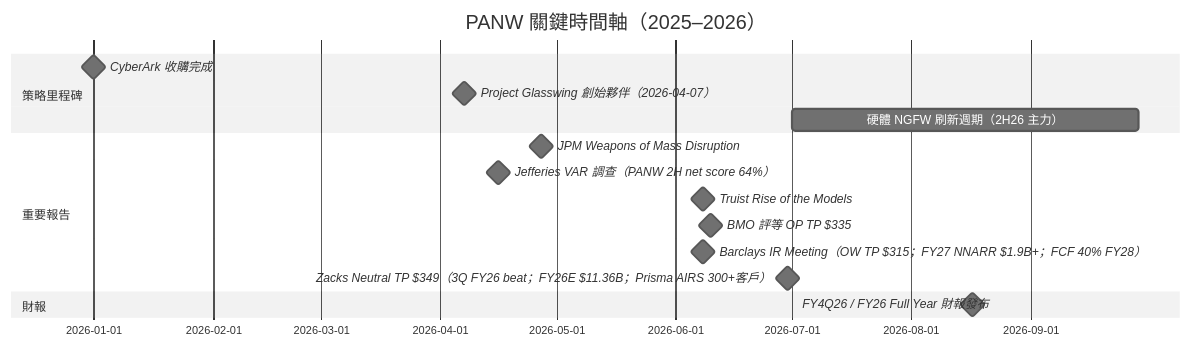
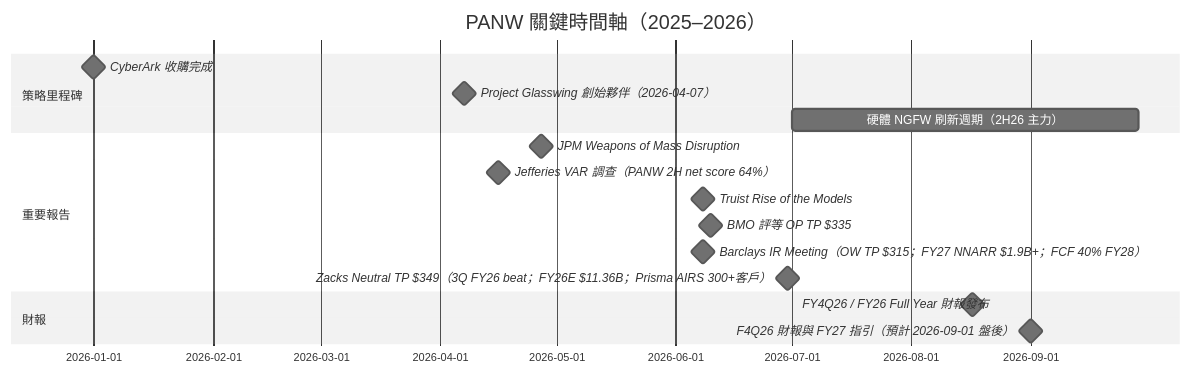
Before and after one commit to kevn950324/wiki_Stockv2: the diagram in content/lib/1.company/Overseas/PANW.US(palo alto networks).md, drawn with Mermaid (neutral theme). The commit also changed other lines of this file and 12 other files, not shown here.

````diff
--- a/content/lib/1.company/Overseas/PANW.US(palo alto networks).md
+++ b/content/lib/1.company/Overseas/PANW.US(palo alto networks).md
@@ -199,18 +217,19 @@
 ```mermaid
 gantt
     title PANW 關鍵時間軸（2025–2026）
     dateFormat YYYY-MM-DD
     section 策略里程碑
     CyberArk 收購完成 :milestone, 2026-01-01, 0d
     Project Glasswing 創始夥伴（2026-04-07） :milestone, 2026-04-07, 0d
     硬體 NGFW 刷新週期（2H26 主力） :2026-07-01, 90d
     section 重要報告
     JPM Weapons of Mass Disruption :milestone, 2026-04-27, 0d
     Jefferies VAR 調查（PANW 2H net score 64%） :milestone, 2026-04-16, 0d
     Truist Rise of the Models :milestone, 2026-06-08, 0d
     BMO 評等 OP TP $335 :milestone, 2026-06-10, 0d
     Barclays IR Meeting（OW TP $315；FY27 NNARR $1.9B+；FCF 40% FY28） :milestone, 2026-06-08, 0d
     Zacks Neutral TP $349（3Q FY26 beat；FY26E $11.36B；Prisma AIRS 300+客戶） :milestone, 2026-06-30, 0d
     section 財報
     FY4Q26 / FY26 Full Year 財報發布 :milestone, 2026-08-17, 0d
+    F4Q26 財報與 FY27 指引（預計 2026-09-01 盤後） :milestone, 2026-09-01, 0d
 ```
````
